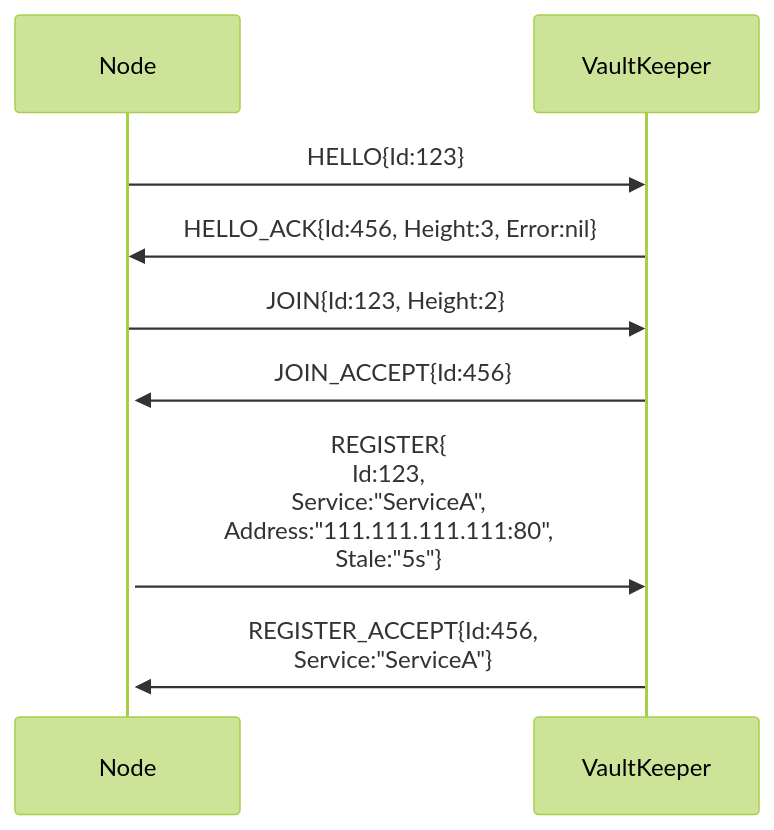
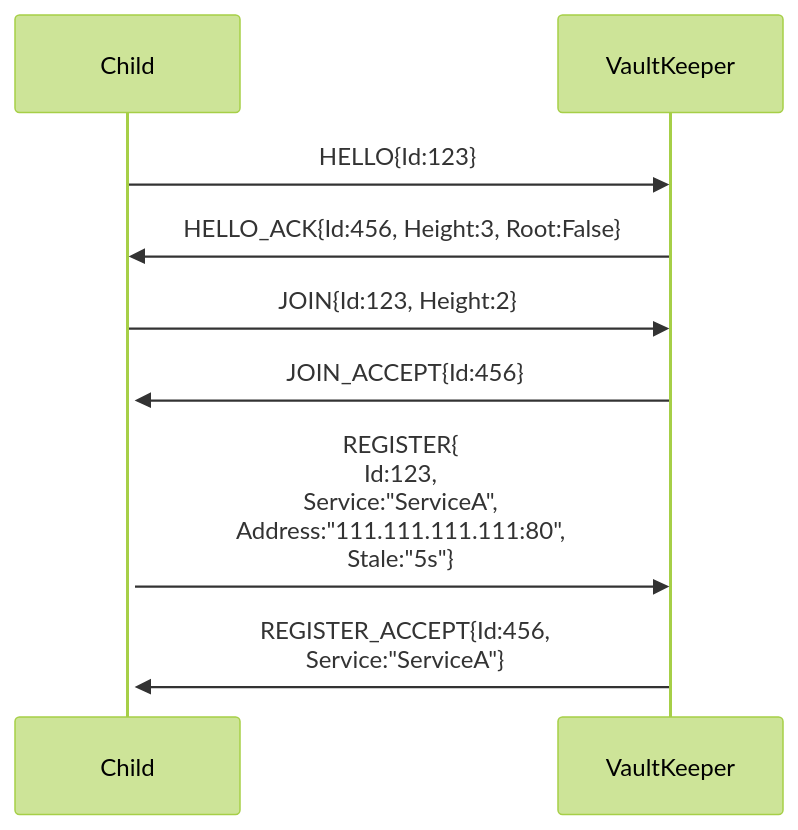
One commit to rflandau/Orv changed the first of 2 diagrams in README.md. Above: the diagram before and after it, drawn with Mermaid (forest theme). The commit also changed other lines of this file, not shown here.

Commit message:
update HELLOs to include whether or not the VK is root

````diff
--- a/README.md
+++ b/README.md
@@ -93,9 +93,9 @@
 ```mermaid
 sequenceDiagram
-    Node->>VaultKeeper: HELLO{Id:123}
-    VaultKeeper->>Node: HELLO_ACK{Id:456, Height:3, Error:nil}
-    Node->>VaultKeeper: JOIN{Id:123, Height:2}
-    VaultKeeper->>+Node: JOIN_ACCEPT{Id:456}
-    Node->>VaultKeeper: REGISTER{<br>Id:123,<br>Service:"ServiceA",<br>Address:"111.111.111.111:80",<br>Stale:"5s"}
-    VaultKeeper->>+Node: REGISTER_ACCEPT{Id:456,<br>Service:"ServiceA"}
+    Child->>VaultKeeper: HELLO{Id:123}
+    VaultKeeper->>Child: HELLO_ACK{Id:456, Height:3, Root:False}
+    Child->>VaultKeeper: JOIN{Id:123, Height:2}
+    VaultKeeper->>+Child: JOIN_ACCEPT{Id:456}
+    Child->>VaultKeeper: REGISTER{<br>Id:123,<br>Service:"ServiceA",<br>Address:"111.111.111.111:80",<br>Stale:"5s"}
+    VaultKeeper->>+Child: REGISTER_ACCEPT{Id:456,<br>Service:"ServiceA"}
 ```
````
